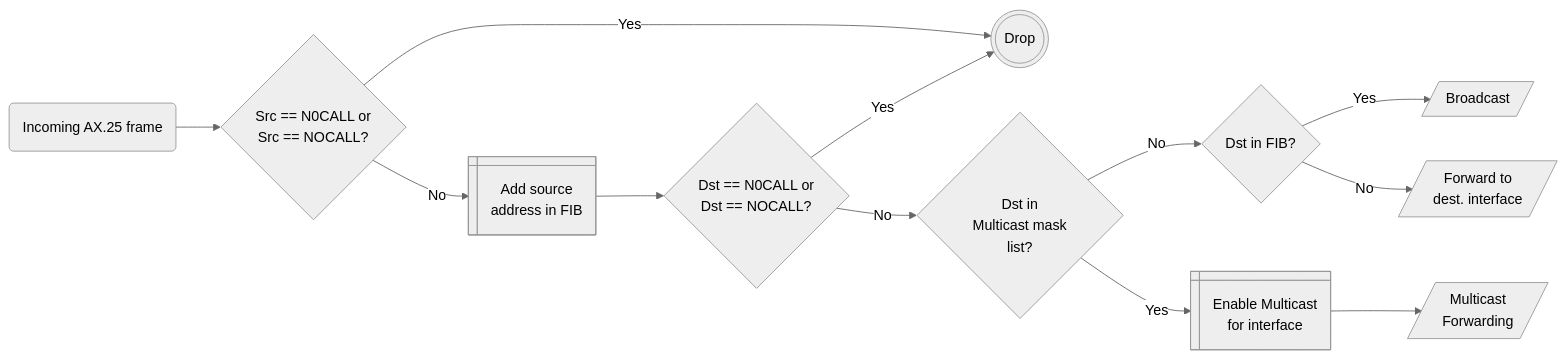
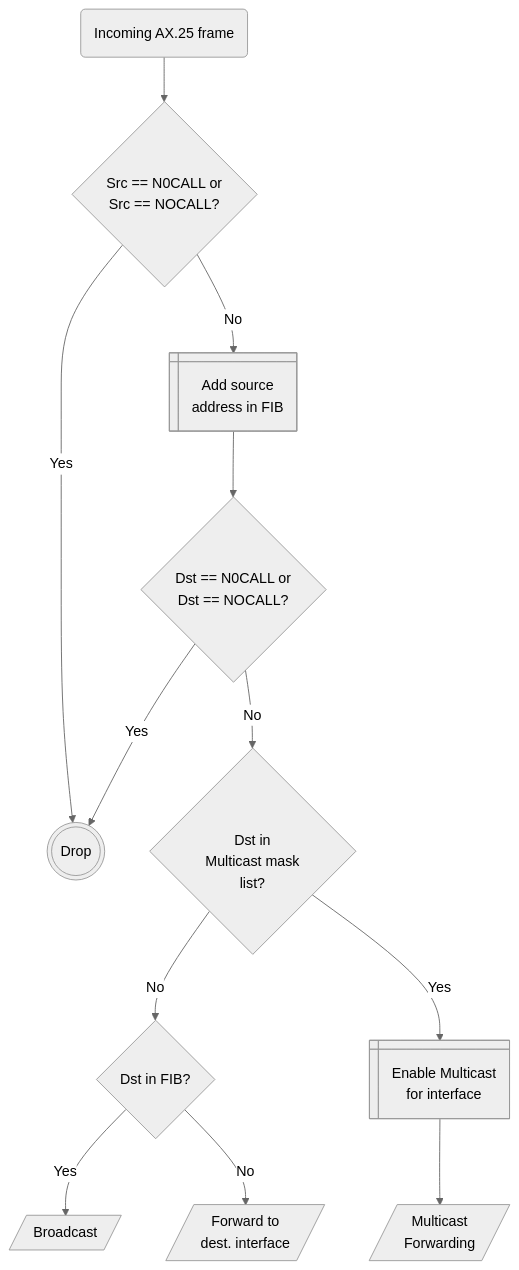
One commit to dscp46/vpsed changed the diagram in README.md. Above: the diagram before and after it, drawn with Mermaid (neutral theme).

````diff
--- a/README.md
+++ b/README.md
@@ -6,16 +6,16 @@
 ```mermaid
-flowchart LR
+flowchart TD
     Start@{ shape: rounded, label: "Incoming AX.25 frame" }
     Start --> SrcDroppable{"Src == N0CALL or<br> Src == NOCALL?"}
     SrcDroppable -->|No| FIBAdd@{ shape: win-pane, label: "Add source<br>address in FIB" }
     SrcDroppable --> |Yes| Drop
     FIBAdd --> Droppable{"Dst == N0CALL or<br> Dst == NOCALL?"}
     Droppable --> |No| Mcast{"<br>Dst in<br>Multicast mask<br>list?"}
     Droppable --> |Yes| Drop
     Drop@{ shape: dbl-circ, label: "Drop" }
     Mcast --> |No| FIBCheck{"Dst in FIB?"}
     Mcast --> |Yes| EnableMCast@{ shape: win-pane, label: "Enable Multicast<br>for interface" }
     EnableMCast--> MCastFW@{ shape: lean-r, label: "Multicast<br>Forwarding" }
     FIBCheck --> |Yes| BCast@{ shape: lean-r, label: "Broadcast" }
     FIBCheck --> |No| Forward@{ shape: lean-r, label: "Forward to<br>dest. interface" }
 ```
````
